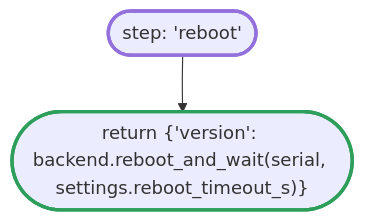
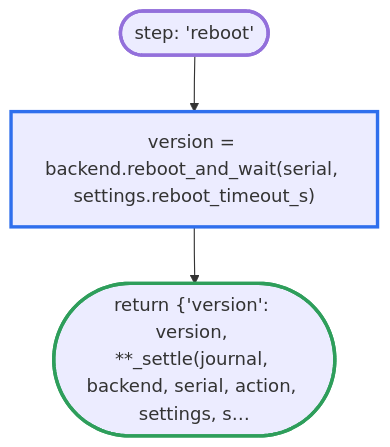
Before and after one commit to fettigcj/panUpgrade: diagram 14 of 19 in docs/flow/upgrade.md, drawn with Mermaid. The commit also changed other lines of this file and 9 other files, not shown here.

First line of the commit message:
Wait out the firewall's own auto-commits: retry a busy install, settle after fail-over and reboot

````diff
--- a/docs/flow/upgrade.md
+++ b/docs/flow/upgrade.md
@@ -525,13 +527,16 @@
 ```mermaid
 flowchart TD
     d8_1(["step: 'reboot'"])
-    d8_2(["return {'version': backend.reboot_and_wait(serial, settings.reboot_timeout_s)}"])
+    d8_2["version = backend.reboot_and_wait(serial, settings.reboot_timeout_s)"]
+    d8_3(["return {'version': version, **_settle(journal, backend, serial, action, settings, s…"])
     d8_1 --> d8_2
+    d8_2 --> d8_3
     classDef api stroke:#2f6fed,stroke-width:3px
     classDef refuse stroke:#d64545,stroke-width:3px
     classDef done stroke:#2e9e5b,stroke-width:3px
     classDef step stroke:#e0a020,stroke-width:3px
     classDef entry stroke-width:3px
     class d8_1 entry
-    class d8_2 done
+    class d8_2 api
+    class d8_3 done
 ```
````
